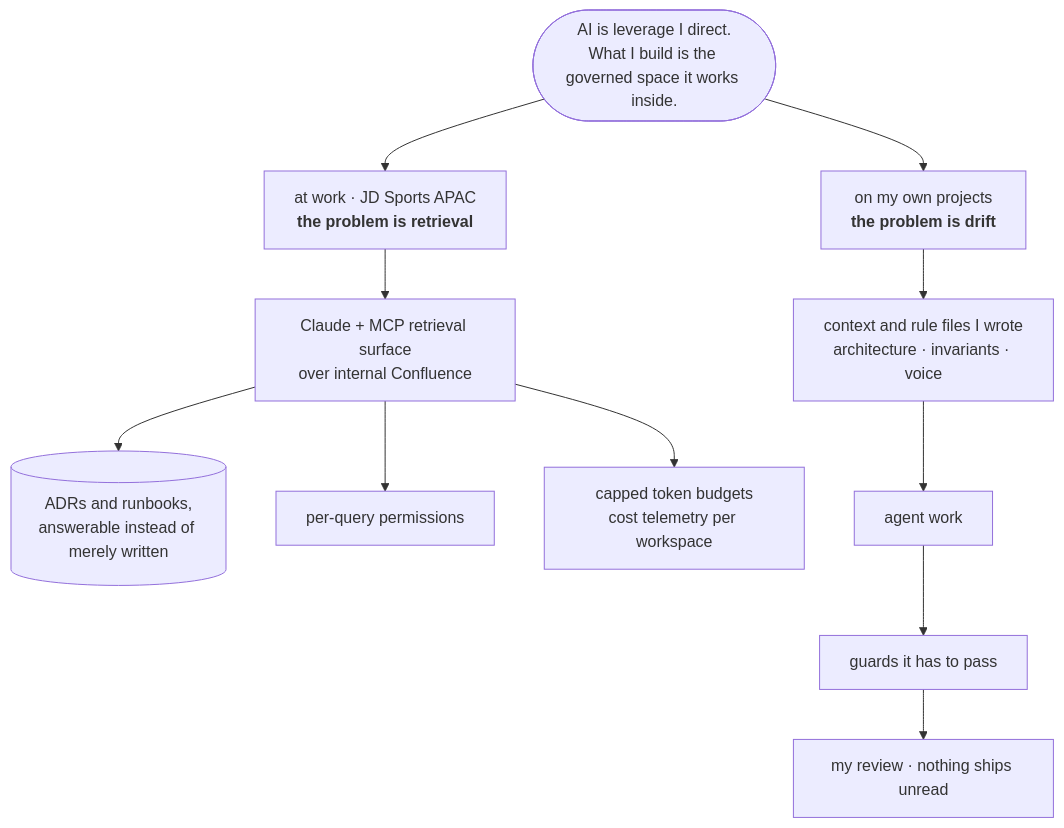
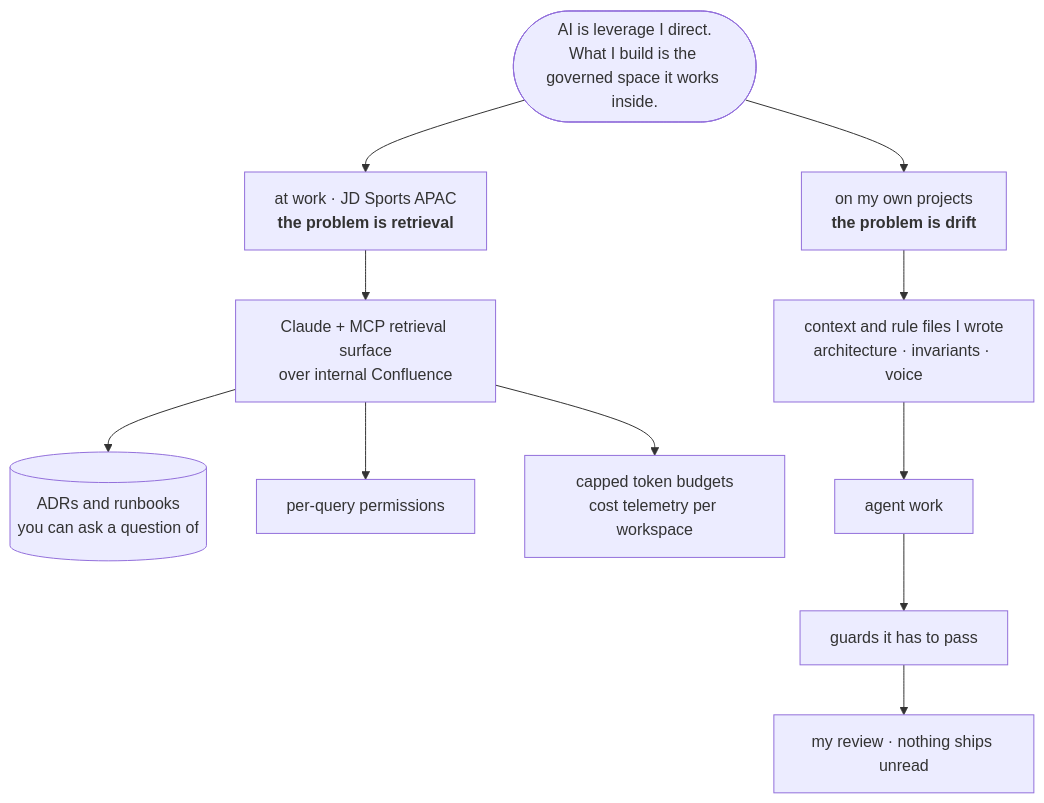
One commit to klauslila/klauslila changed the diagram in README.md. Above: the diagram before and after it, drawn with Mermaid. The commit also changed other lines of this file, not shown here.

Commit message:
content: drop the contrast frame from the AI section

````diff
--- a/README.md
+++ b/README.md
@@ -75,14 +75,14 @@
 ```mermaid
 flowchart TD
   P(["AI is leverage I direct.<br/>What I build is the governed space it works inside."])
   P --> WA["at work · JD Sports APAC<br/><b>the problem is retrieval</b>"]
   WA --> S["Claude + MCP retrieval surface<br/>over internal Confluence"]
-  S --> S3[("ADRs and runbooks,<br/>answerable instead of merely written")]
+  S --> S3[("ADRs and runbooks<br/>you can ask a question of")]
   S --> S1["per-query permissions"]
   S --> S2["capped token budgets<br/>cost telemetry per workspace"]
   P --> MI["on my own projects<br/><b>the problem is drift</b>"]
   MI --> R["context and rule files I wrote<br/>architecture · invariants · voice"]
   R --> A["agent work"]
   A --> G["guards it has to pass"]
   G --> V["my review · nothing ships unread"]
 ```
````
